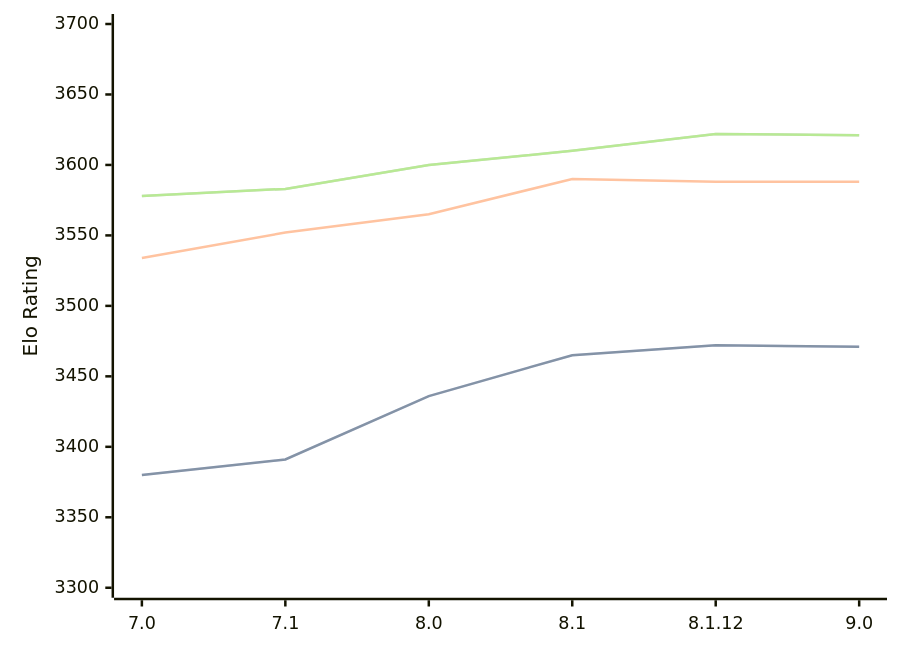
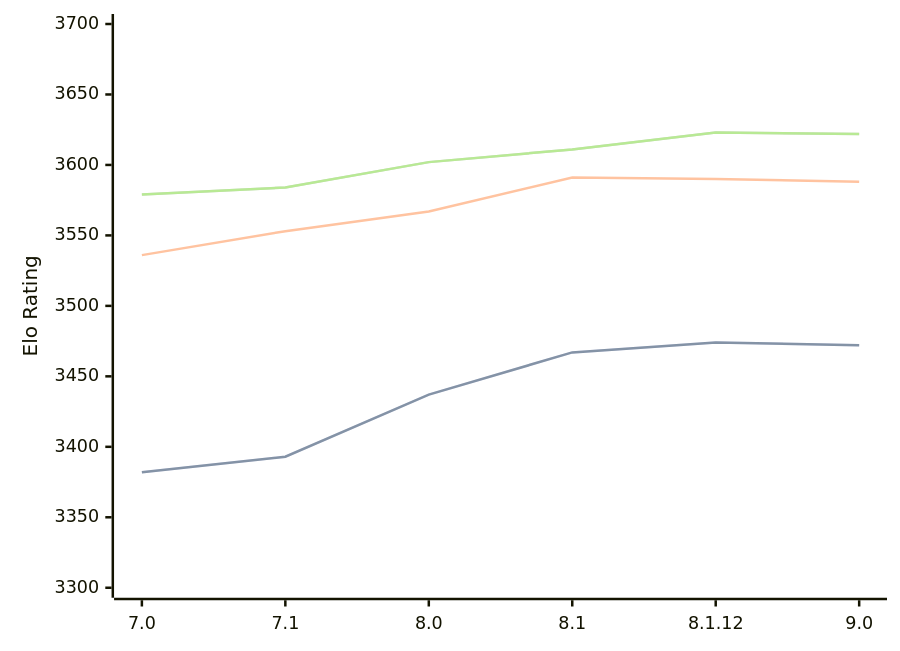
One commit to computer-chess-index/cci changed the diagram in engines/Alexandria.md. Above: the diagram before and after it, drawn with Mermaid. The commit also changed other lines of this file, not shown here.

Commit message:
Update CCI Ratings (ELO VLTC) - 2026-05-06

````diff
--- a/engines/Alexandria.md
+++ b/engines/Alexandria.md
@@ -55,11 +55,11 @@
 ```mermaid
 %%{init: {"theme":"base","themeVariables":{"seriesColors:['#a3a3a3','#222221','#faa371']}}}%%
 xychart-beta
   x-axis ["7.0", "7.1", "8.0", "8.1", "8.1.12", "9.0"]
   y-axis "Elo Rating" 3300 --> 3700
-  line "STC (8.0+0.08s)" [3380, 3391, 3436, 3465, 3472, 3471]
-  line "STC (8.0+0.08s)" [3380, 3391, 3436, 3465, 3472, 3471]
-  line "LTC (60.0+0.60s)" [3534, 3552, 3565, 3590, 3588, 3588]
-  line "VLTC (2m24s+1.12s)" [3578, 3583, 3600, 3610, 3622, 3621]
-  line "VLTC (2m24s+1.12s)" [3578, 3583, 3600, 3610, 3622, 3621]
+  line "STC (8.0+0.08s)" [3382, 3393, 3437, 3467, 3474, 3472]
+  line "STC (8.0+0.08s)" [3382, 3393, 3437, 3467, 3474, 3472]
+  line "LTC (60.0+0.60s)" [3536, 3553, 3567, 3591, 3590, 3588]
+  line "VLTC (2m24s+1.12s)" [3579, 3584, 3602, 3611, 3623, 3622]
+  line "VLTC (2m24s+1.12s)" [3579, 3584, 3602, 3611, 3623, 3622]
 ```
````
